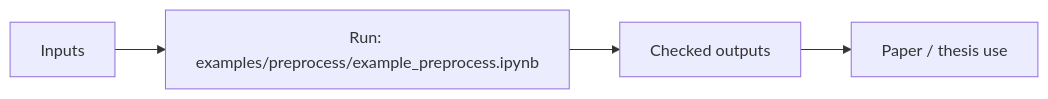
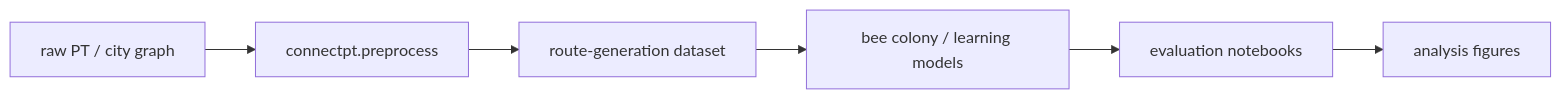
The diagram in README.md (GeorgeKontsevik/connectpt), drawn with Mermaid before and after one commit. The commit also changed other lines of this file and 1 other file, not shown here.

Commit message:
Improve README diagrams and project descriptions

````diff
--- a/README.md
+++ b/README.md
@@ -7,6 +7,8 @@
 ```mermaid
 flowchart LR
-    A[Inputs] --> B[Run: examples/preprocess/example_preprocess.ipynb]
-    B --> C[Checked outputs]
-    C --> D[Paper / thesis use]
+    RAW[raw PT / city graph] --> PRE[connectpt.preprocess]
+    PRE --> DATA[route-generation dataset]
+    DATA --> GEN[bee colony / learning models]
+    GEN --> EVAL[evaluation notebooks]
+    EVAL --> FIGS[analysis figures]
 ```
````
